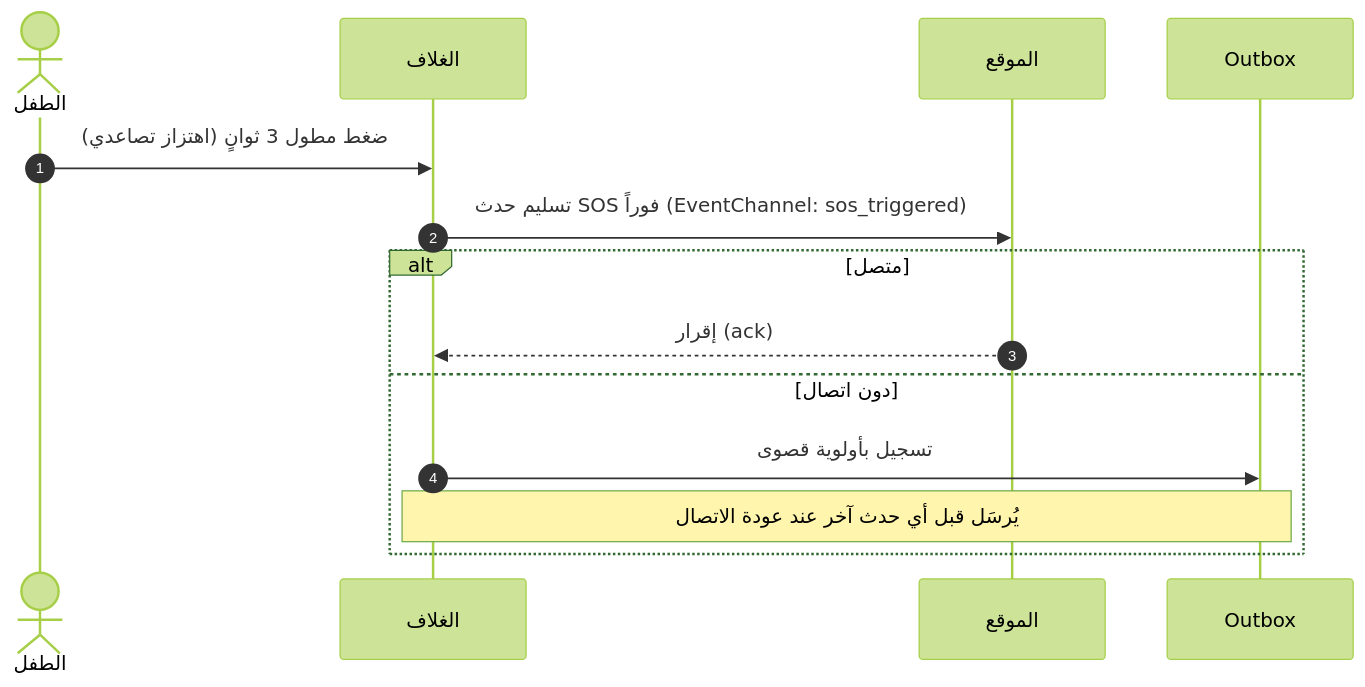
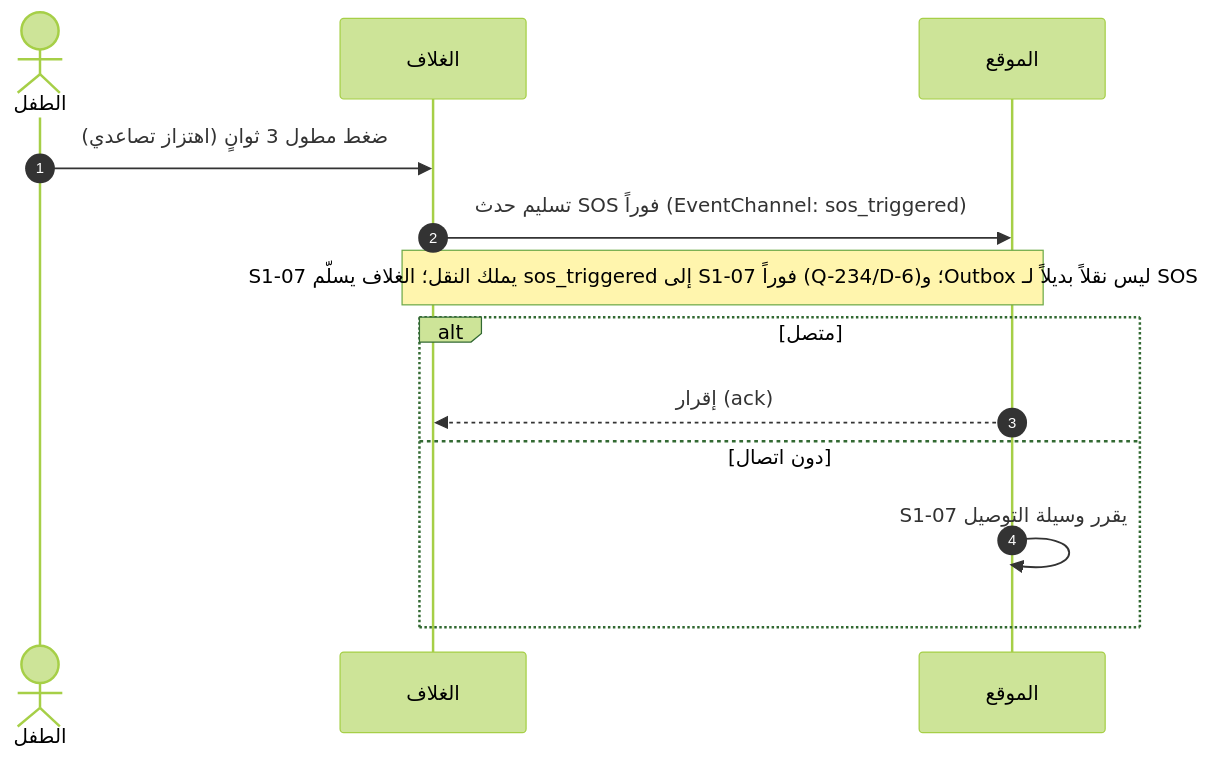
One commit to Bassam-mohammed-alqaeadi/family-os-v2 changed the sixth of 13 diagrams in docs/family-os/governance/phases/phase-1/S1-01-app-shell-and-platform/DIAGRAMS.md. Above: the diagram before and after it, drawn with Mermaid (forest theme). The commit also changed other lines of this file and 13 other files, not shown here.

````diff
--- a/docs/family-os/governance/phases/phase-1/S1-01-app-shell-and-platform/DIAGRAMS.md
+++ b/docs/family-os/governance/phases/phase-1/S1-01-app-shell-and-platform/DIAGRAMS.md
@@ -222,16 +222,15 @@
 ```mermaid
 sequenceDiagram
     autonumber
     actor Child as الطفل
     participant Shell as الغلاف
     participant S107 as الموقع
-    participant OB as Outbox
     Child->>Shell: ضغط مطول 3 ثوانٍ (اهتزاز تصاعدي)
     Shell->>S107: تسليم حدث SOS فوراً (EventChannel: sos_triggered)
+    Note over Shell,S107: S1-07 يملك النقل؛ الغلاف يسلّم sos_triggered إلى S1-07 فوراً (Q-234/D-6)؛ وOutbox ليس نقلاً بديلاً لـ SOS
     alt متصل
         S107-->>Shell: إقرار (ack)
     else دون اتصال
-        Shell->>OB: تسجيل بأولوية قصوى
-        Note over Shell,OB: يُرسَل قبل أي حدث آخر عند عودة الاتصال
+        S107->>S107: S1-07 يقرر وسيلة التوصيل
     end
 ```
````
